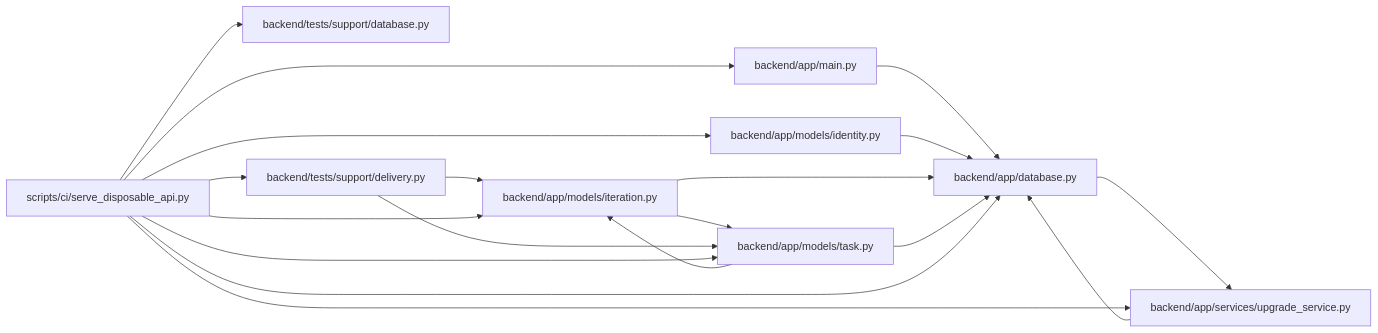
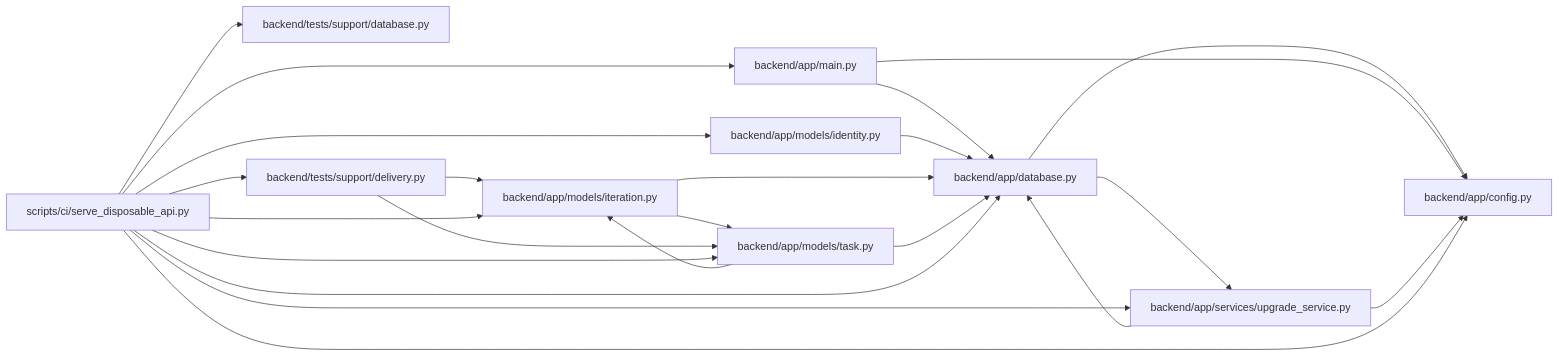
Before and after one commit to Denissvgn/WorkChord: the diagram in docs/llm_wiki/modules/serve_disposable_api.md, drawn with Mermaid. The commit also changed other lines of this file and 352 other files, not shown here.

````diff
--- a/docs/llm_wiki/modules/serve_disposable_api.md
+++ b/docs/llm_wiki/modules/serve_disposable_api.md
@@ -36,39 +37,45 @@
 ```mermaid
 flowchart LR
-    n0["backend/app/database.py"]
-    n1["backend/app/main.py"]
-    n2["backend/app/models/identity.py"]
-    n3["backend/app/models/iteration.py"]
-    n4["backend/app/models/task.py"]
-    n5["backend/app/services/upgrade_service.py"]
-    n6["backend/tests/support/database.py"]
-    n7["backend/tests/support/delivery.py"]
-    n8["scripts/ci/serve_disposable_api.py"]
-    n0 --> n5
+    n0["backend/app/config.py"]
+    n1["backend/app/database.py"]
+    n2["backend/app/main.py"]
+    n3["backend/app/models/identity.py"]
+    n4["backend/app/models/iteration.py"]
+    n5["backend/app/models/task.py"]
+    n6["backend/app/services/upgrade_service.py"]
+    n7["backend/tests/support/database.py"]
+    n8["backend/tests/support/delivery.py"]
+    n9["scripts/ci/serve_disposable_api.py"]
     n1 --> n0
+    n1 --> n6
     n2 --> n0
-    n3 --> n0
-    n3 --> n4
-    n4 --> n0
-    n4 --> n3
-    n5 --> n0
-    n7 --> n3
-    n7 --> n4
-    n8 --> n0
-    n8 --> n1
-    n8 --> n2
-    n8 --> n3
+    n2 --> n1
+    n3 --> n1
+    n4 --> n1
+    n4 --> n5
+    n5 --> n1
+    n5 --> n4
+    n6 --> n0
+    n6 --> n1
     n8 --> n4
     n8 --> n5
-    n8 --> n6
-    n8 --> n7
-    click n0 "../modules/app_database.md"
-    click n1 "../modules/app_main.md"
-    click n2 "../modules/models_identity.md"
-    click n3 "../modules/models_iteration.md"
-    click n4 "../modules/models_task.md"
-    click n5 "../modules/upgrade_service.md"
-    click n6 "../modules/support_database.md"
-    click n7 "../modules/delivery.md"
-    click n8 "../modules/serve_disposable_api.md"
+    n9 --> n0
+    n9 --> n1
+    n9 --> n2
+    n9 --> n3
+    n9 --> n4
+    n9 --> n5
+    n9 --> n6
+    n9 --> n7
+    n9 --> n8
+    click n0 "../modules/config.md"
+    click n1 "../modules/app_database.md"
+    click n2 "../modules/app_main.md"
+    click n3 "../modules/models_identity.md"
+    click n4 "../modules/models_iteration.md"
+    click n5 "../modules/models_task.md"
+    click n6 "../modules/upgrade_service.md"
+    click n7 "../modules/support_database.md"
+    click n8 "../modules/delivery.md"
+    click n9 "../modules/serve_disposable_api.md"
 ```
````
